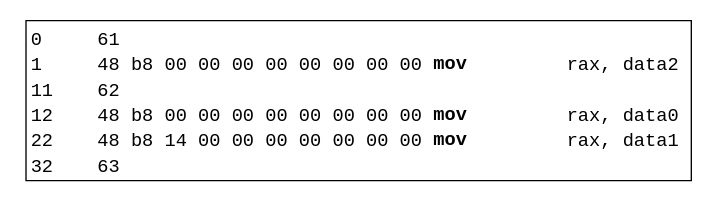
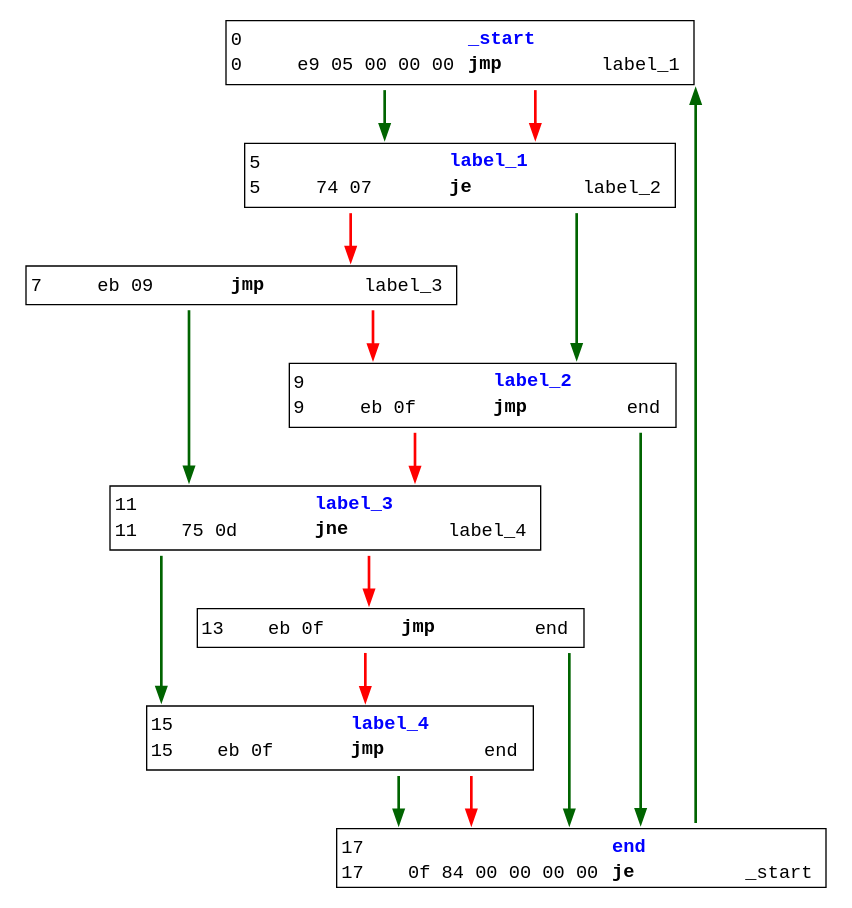
The diagram in cfg2.dot (Goubermouche/baremetal), drawn with Graphviz before and after one commit. The commit also changed 9 other files, not shown here.

```diff
--- a/cfg2.dot
+++ b/cfg2.dot
@@ -1,8 +1,30 @@
 digraph cfg {
 	graph [splines=ortho]
 	node [shape=plaintext fontname="monospace"]
 	edge [penwidth=2.0]
 
-	"0"[label=<<table border="1" cellborder="0" cellspacing="0"><tr PORT="top"><td></td></tr><tr><td align="left">0</td><td COLSPAN="100%" align="left">61  </td></tr><tr><td align="left" width="50px">1</td><td align="left" width="100px">48 b8 00 00 00 00 00 00 00 00 </td><td align="left" width="100px"><font COLOR="black"><b>mov</b></font></td><td align="left"><font COLOR="black"> rax, data2</font></td></tr><tr><td align="left">11</td><td COLSPAN="100%" align="left">62  </td></tr><tr><td align="left" width="50px">12</td><td align="left" width="100px">48 b8 00 00 00 00 00 00 00 00 </td><td align="left" width="100px"><font COLOR="black"><b>mov</b></font></td><td align="left"><font COLOR="black"> rax, data0</font></td></tr><tr><td align="left" width="50px">22</td><td align="left" width="100px">48 b8 14 00 00 00 00 00 00 00 </td><td align="left" width="100px"><font COLOR="black"><b>mov</b></font></td><td align="left"><font COLOR="black"> rax, data1</font></td></tr><tr><td align="left">32</td><td COLSPAN="100%" align="left">63  </td></tr></table>>]
+	"0"[label=<<table border="1" cellborder="0" cellspacing="0"><tr PORT="top"><td></td></tr><tr><td align="left">0</td><td></td><td COLSPAN="100%" align="left"><b><font color="blue">_start</font></b></td></tr><tr><td align="left" width="50px">0</td><td align="left" width="100px">e9 05 00 00 00 </td><td align="left" width="100px"><font COLOR="black"><b>jmp</b></font></td><td align="left"><font COLOR="black"> label_1</font></td></tr><tr PORT="bottom"><td></td></tr></table>>]
+	"2"[label=<<table border="1" cellborder="0" cellspacing="0"><tr PORT="top"><td></td></tr><tr><td align="left">5</td><td></td><td COLSPAN="100%" align="left"><b><font color="blue">label_1</font></b></td></tr><tr><td align="left" width="50px">5</td><td align="left" width="100px">74 07 </td><td align="left" width="100px"><font COLOR="black"><b>je</b></font></td><td align="left"><font COLOR="black"> label_2</font></td></tr><tr PORT="bottom"><td></td></tr></table>>]
+	"4"[label=<<table border="1" cellborder="0" cellspacing="0"><tr PORT="top"><td></td></tr><tr><td align="left" width="50px">7</td><td align="left" width="100px">eb 09 </td><td align="left" width="100px"><font COLOR="black"><b>jmp</b></font></td><td align="left"><font COLOR="black"> label_3</font></td></tr><tr PORT="bottom"><td></td></tr></table>>]
+	"5"[label=<<table border="1" cellborder="0" cellspacing="0"><tr PORT="top"><td></td></tr><tr><td align="left">9</td><td></td><td COLSPAN="100%" align="left"><b><font color="blue">label_2</font></b></td></tr><tr><td align="left" width="50px">9</td><td align="left" width="100px">eb 0f </td><td align="left" width="100px"><font COLOR="black"><b>jmp</b></font></td><td align="left"><font COLOR="black"> end</font></td></tr><tr PORT="bottom"><td></td></tr></table>>]
+	"7"[label=<<table border="1" cellborder="0" cellspacing="0"><tr PORT="top"><td></td></tr><tr><td align="left">11</td><td></td><td COLSPAN="100%" align="left"><b><font color="blue">label_3</font></b></td></tr><tr><td align="left" width="50px">11</td><td align="left" width="100px">75 0d </td><td align="left" width="100px"><font COLOR="black"><b>jne</b></font></td><td align="left"><font COLOR="black"> label_4</font></td></tr><tr PORT="bottom"><td></td></tr></table>>]
+	"9"[label=<<table border="1" cellborder="0" cellspacing="0"><tr PORT="top"><td></td></tr><tr><td align="left" width="50px">13</td><td align="left" width="100px">eb 0f </td><td align="left" width="100px"><font COLOR="black"><b>jmp</b></font></td><td align="left"><font COLOR="black"> end</font></td></tr><tr PORT="bottom"><td></td></tr></table>>]
+	"10"[label=<<table border="1" cellborder="0" cellspacing="0"><tr PORT="top"><td></td></tr><tr><td align="left">15</td><td></td><td COLSPAN="100%" align="left"><b><font color="blue">label_4</font></b></td></tr><tr><td align="left" width="50px">15</td><td align="left" width="100px">eb 0f </td><td align="left" width="100px"><font COLOR="black"><b>jmp</b></font></td><td align="left"><font COLOR="black"> end</font></td></tr><tr PORT="bottom"><td></td></tr></table>>]
+	"12"[label=<<table border="1" cellborder="0" cellspacing="0"><tr PORT="top"><td></td></tr><tr><td align="left">17</td><td></td><td COLSPAN="100%" align="left"><b><font color="blue">end</font></b></td></tr><tr><td align="left" width="50px">17</td><td align="left" width="100px">0f 84 00 00 00 00 </td><td align="left" width="100px"><font COLOR="black"><b>je</b></font></td><td align="left"><font COLOR="black"> _start</font></td></tr></table>>]
 
+	"0":bottom:s -> "2":top:n [color="darkgreen"]
+	"0":bottom:s -> "2":top:n [color="red"]
+	"2":bottom:s -> "5":top:n [color="darkgreen"]
+	"2":bottom:s -> "4":top:n [color="red"]
+	"4":bottom:s -> "7":top:n [color="darkgreen"]
+	"4":bottom:s -> "5":top:n [color="red"]
+	"5":bottom:s -> "12":top:n [color="darkgreen"]
+	"5":bottom:s -> "7":top:n [color="red"]
+	"7":bottom:s -> "10":top:n [color="darkgreen"]
+	"7":bottom:s -> "9":top:n [color="red"]
+	"9":bottom:s -> "12":top:n [color="darkgreen"]
+	"9":bottom:s -> "10":top:n [color="red"]
+	"10":bottom:s -> "12":top:n [color="darkgreen"]
+	"10":bottom:s -> "12":top:n [color="red"]
+	"12":bottom:s -> "0":top:n [color="darkgreen"]
 }
```
